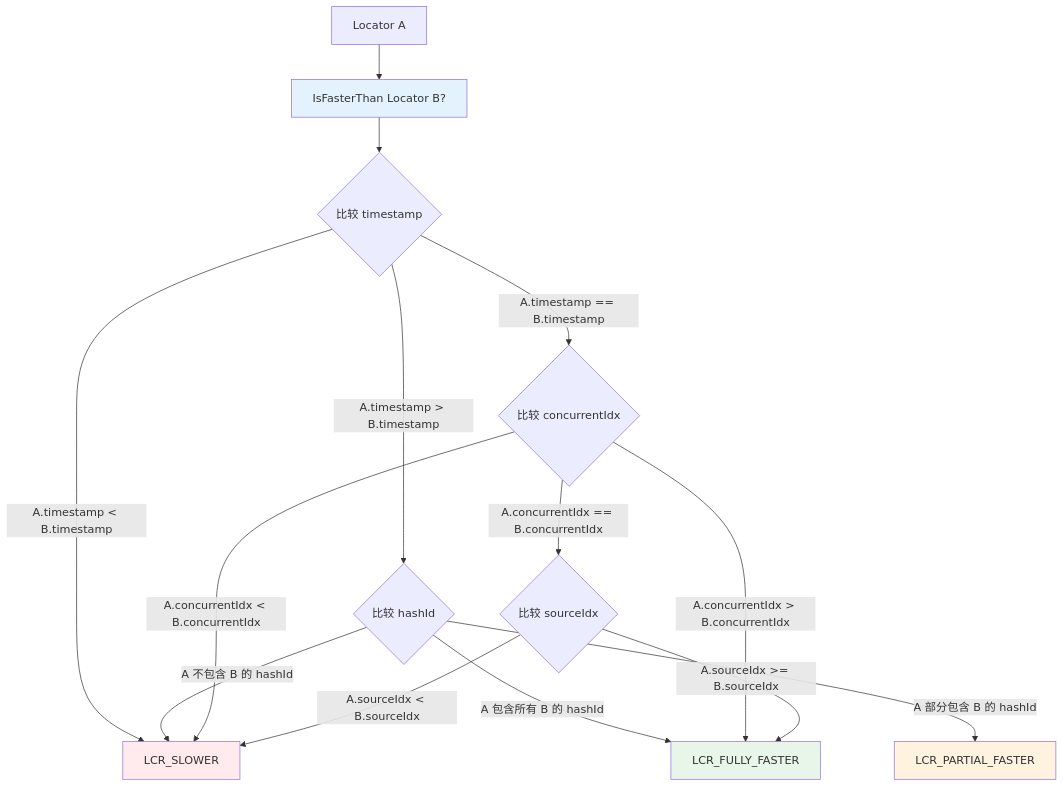
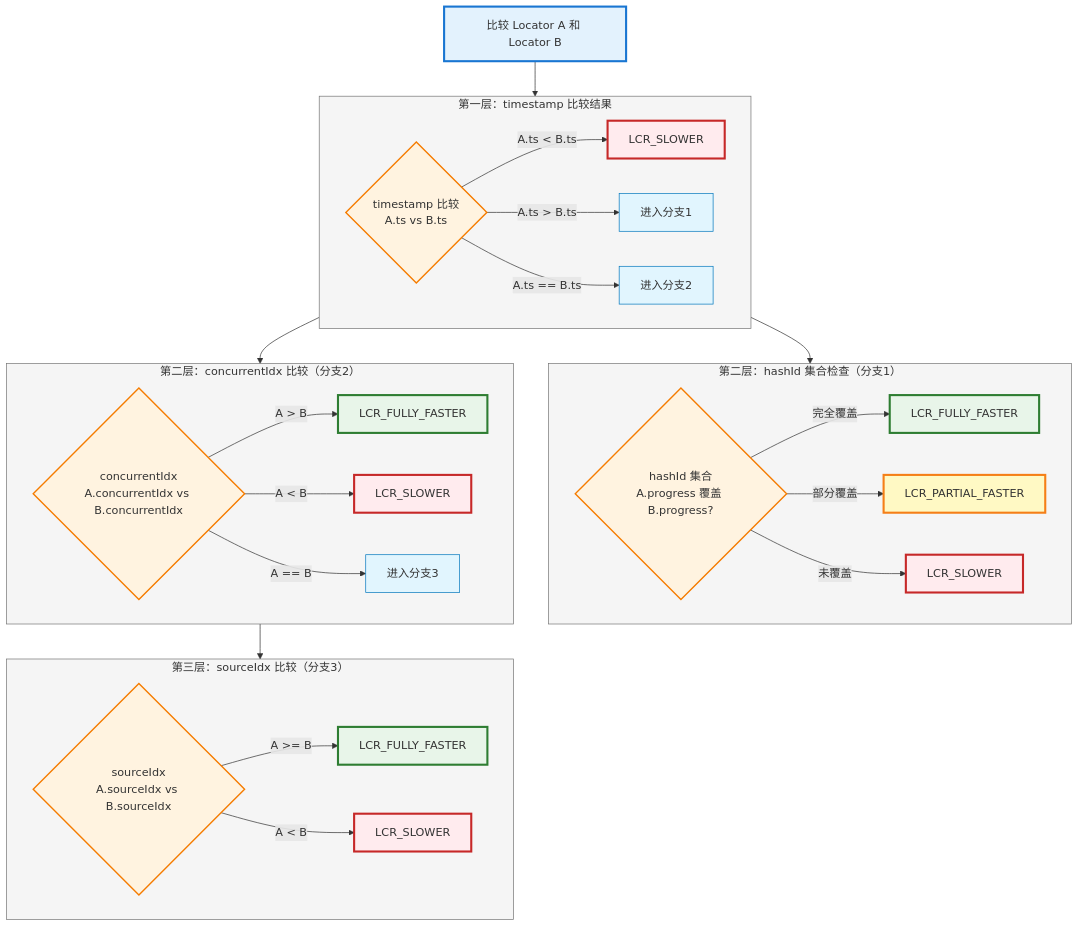
Diagram 19 of 22 in _posts/2025-05-08-indexlib-1-architecture-overview.md (zhouzhilong-commits/zhouzhilong-commits.github.io), drawn with Mermaid before and after one commit. The commit also changed other lines of this file and 6 other files, not shown here.

````diff
--- a/_posts/2025-05-08-indexlib-1-architecture-overview.md
+++ b/_posts/2025-05-08-indexlib-1-architecture-overview.md
@@ -1207,24 +1338,55 @@
 ```mermaid
-graph TD
-    A[Locator A] --> B[IsFasterThan Locator B?]
-    B --> C{比较 timestamp}
-    C -->|A.timestamp < B.timestamp| D[LCR_SLOWER]
-    C -->|A.timestamp > B.timestamp| E{比较 hashId}
-    C -->|A.timestamp == B.timestamp| F{比较 concurrentIdx}
+flowchart TD
+    Start[比较 Locator A 和 Locator B] --> TS{ timestamp 比较<br/>A.ts vs B.ts}
     
-    E -->|A 包含所有 B 的 hashId| G[LCR_FULLY_FASTER]
-    E -->|A 部分包含 B 的 hashId| H[LCR_PARTIAL_FASTER]
-    E -->|A 不包含 B 的 hashId| D
+    subgraph Level1["第一层：timestamp 比较结果"]
+        direction LR
+        TS -->|A.ts < B.ts| SLOWER1[LCR_SLOWER]
+        TS -->|A.ts > B.ts| Branch1[进入分支1]
+        TS -->|A.ts == B.ts| Branch2[进入分支2]
+    end
     
-    F -->|A.concurrentIdx > B.concurrentIdx| G
-    F -->|A.concurrentIdx < B.concurrentIdx| D
-    F -->|A.concurrentIdx == B.concurrentIdx| I{比较 sourceIdx}
+    subgraph Level2["第二层：hashId 集合检查（分支1）"]
+        direction LR
+        Branch1 --> HashCheck{hashId 集合<br/>A.progress 覆盖 B.progress?}
+        HashCheck -->|完全覆盖| FASTER1[LCR_FULLY_FASTER]
+        HashCheck -->|部分覆盖| PARTIAL1[LCR_PARTIAL_FASTER]
+        HashCheck -->|未覆盖| SLOWER2[LCR_SLOWER]
+    end
     
-    I -->|A.sourceIdx >= B.sourceIdx| G
-    I -->|A.sourceIdx < B.sourceIdx| D
+    subgraph Level3["第二层：concurrentIdx 比较（分支2）"]
+        direction LR
+        Branch2 --> ConcurrentCheck{concurrentIdx<br/>A.concurrentIdx vs B.concurrentIdx}
+        ConcurrentCheck -->|A > B| FASTER2[LCR_FULLY_FASTER]
+        ConcurrentCheck -->|A < B| SLOWER3[LCR_SLOWER]
+        ConcurrentCheck -->|A == B| Branch3[进入分支3]
+    end
     
-    style B fill:#e3f2fd
-    style G fill:#e8f5e9
-    style H fill:#fff3e0
-    style D fill:#ffebee
+    subgraph Level4["第三层：sourceIdx 比较（分支3）"]
+        direction LR
+        Branch3 --> SourceCheck{sourceIdx<br/>A.sourceIdx vs B.sourceIdx}
+        SourceCheck -->|A >= B| FASTER3[LCR_FULLY_FASTER]
+        SourceCheck -->|A < B| SLOWER4[LCR_SLOWER]
+    end
+    
+    style Start fill:#e3f2fd,stroke:#1976d2,stroke-width:3px
+    style TS fill:#fff3e0,stroke:#f57c00,stroke-width:2px
+    style Level1 fill:#f5f5f5,stroke:#757575,stroke-width:1px
+    style Level2 fill:#f5f5f5,stroke:#757575,stroke-width:1px
+    style Level3 fill:#f5f5f5,stroke:#757575,stroke-width:1px
+    style Level4 fill:#f5f5f5,stroke:#757575,stroke-width:1px
+    style HashCheck fill:#fff3e0,stroke:#f57c00,stroke-width:2px
+    style ConcurrentCheck fill:#fff3e0,stroke:#f57c00,stroke-width:2px
+    style SourceCheck fill:#fff3e0,stroke:#f57c00,stroke-width:2px
+    style SLOWER1 fill:#ffebee,stroke:#c62828,stroke-width:3px
+    style SLOWER2 fill:#ffebee,stroke:#c62828,stroke-width:3px
+    style SLOWER3 fill:#ffebee,stroke:#c62828,stroke-width:3px
+    style SLOWER4 fill:#ffebee,stroke:#c62828,stroke-width:3px
+    style FASTER1 fill:#e8f5e9,stroke:#2e7d32,stroke-width:3px
+    style FASTER2 fill:#e8f5e9,stroke:#2e7d32,stroke-width:3px
+    style FASTER3 fill:#e8f5e9,stroke:#2e7d32,stroke-width:3px
+    style PARTIAL1 fill:#fff9c4,stroke:#f57f17,stroke-width:3px
+    style Branch1 fill:#e1f5fe,stroke:#0277bd,stroke-width:1px
+    style Branch2 fill:#e1f5fe,stroke:#0277bd,stroke-width:1px
+    style Branch3 fill:#e1f5fe,stroke:#0277bd,stroke-width:1px
 ```
````
